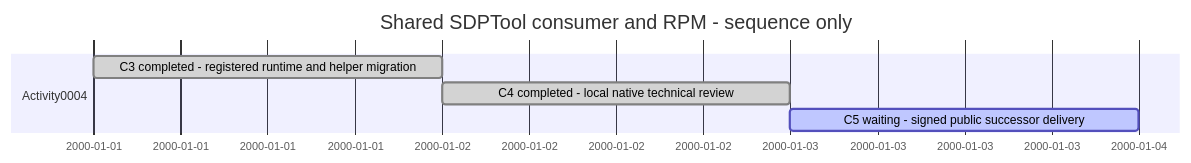
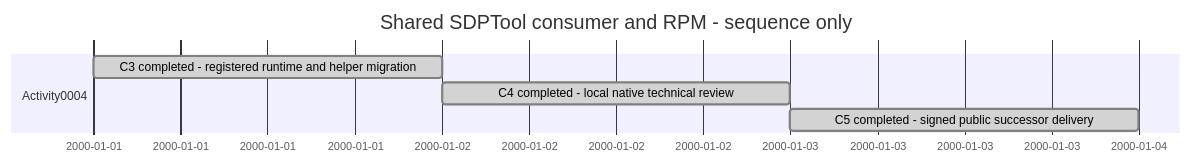
Before and after one commit to Hans-Einar/xfmd: the diagram in SDP/Sessions/session-#0011--Shared-tool-consumer.md, drawn with Mermaid. The commit also changed other lines of this file and 19 other files, not shown here.

Commit message:
Record signed shared runtime public delivery

````diff
--- a/SDP/Sessions/session-#0011--Shared-tool-consumer.md
+++ b/SDP/Sessions/session-#0011--Shared-tool-consumer.md
@@ -7,9 +7,9 @@
 ```mermaid
 gantt
     title Shared SDPTool consumer and RPM - sequence only
     dateFormat YYYY-MM-DD
     section Activity0004
     C3 completed - registered runtime and helper migration :done, c3, 2000-01-01, 1d
     C4 completed - local native technical review :done, c4, after c3, 1d
-    C5 waiting - signed public successor delivery :active, c5, after c4, 1d
+    C5 completed - signed public successor delivery :done, c5, after c4, 1d
 ```
````
